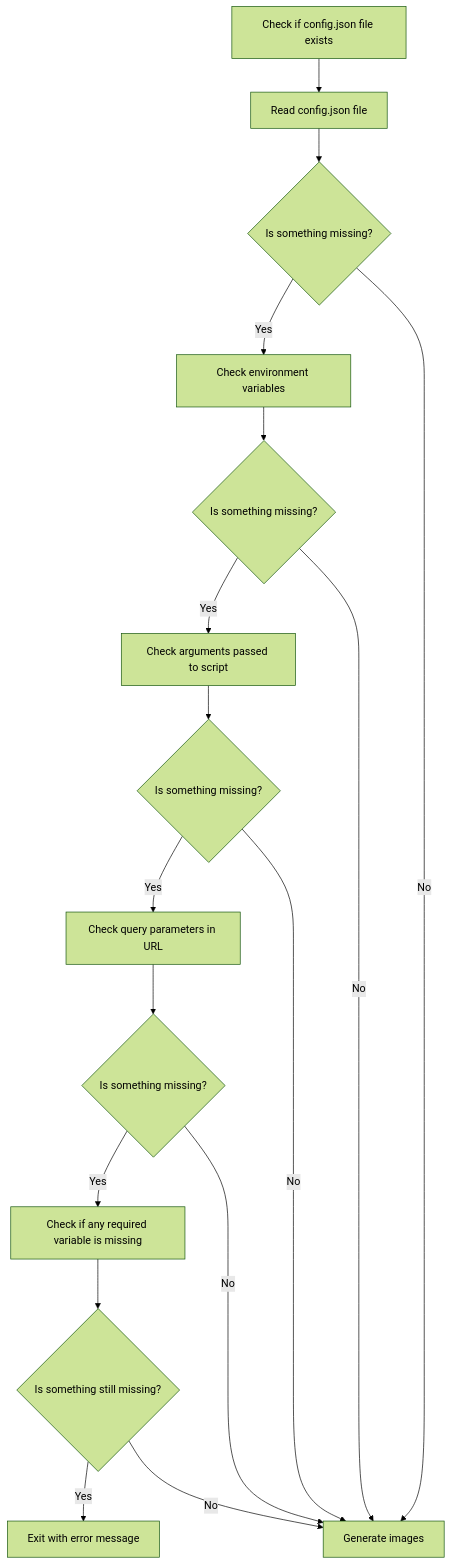
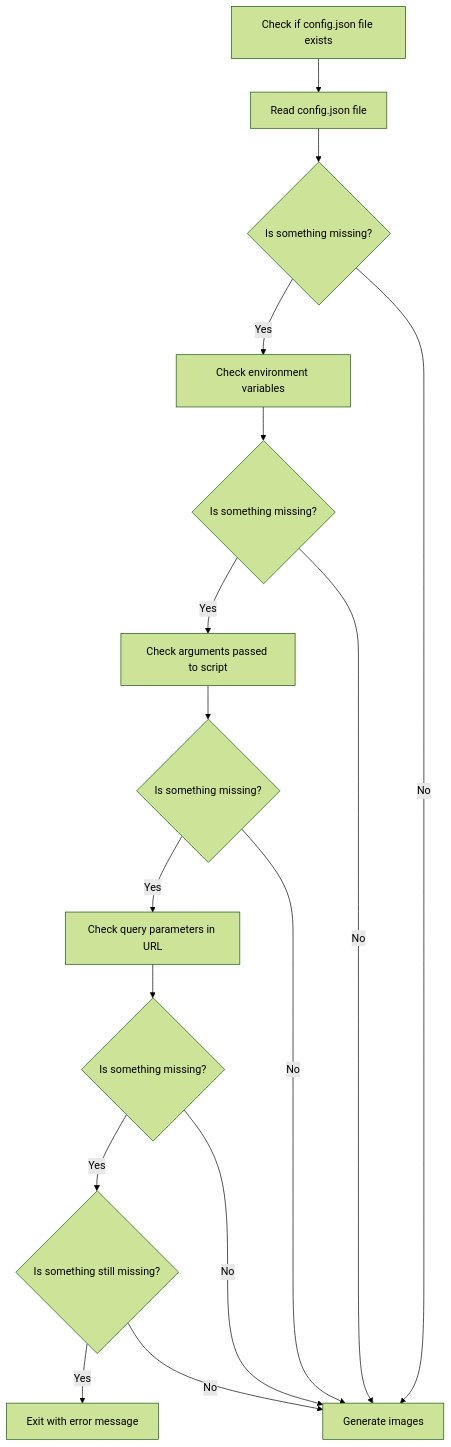
The diagram in README.md (Avaray/steam-status-signature-generator), drawn with Mermaid (forest theme) before and after one commit.

````diff
--- a/README.md
+++ b/README.md
@@ -58,19 +58,18 @@
 ```mermaid
 graph TD
     A[Check if config.json file exists] --> B[Read config.json file]
     B --> C{Is something missing?}
     C -->|Yes| D[Check environment variables]
     D --> E{Is something missing?}
     E -->|Yes| F[Check arguments passed to script]
     F --> G{Is something missing?}
     G -->|Yes| H[Check query parameters in URL]
     H --> I{Is something missing?}
-    I -->|Yes| J[Check if any required variable is missing]
-    J --> K{Is something still missing?}
+    I -->|Yes| K{Is something still missing?}
     K -->|Yes| L[Exit with error message]
     K -->|No| M[Generate images]
     I -->|No| M
     G -->|No| M
     E -->|No| M
     C -->|No| M
 ```
````
